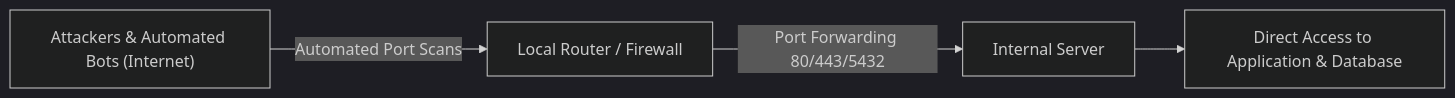
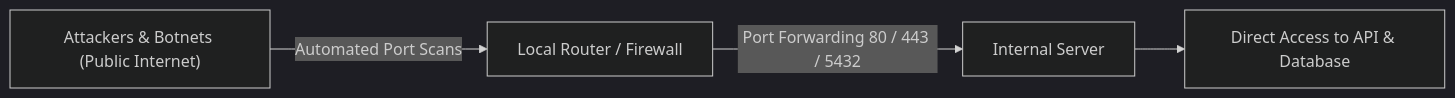
One commit to Pascal-Thommen/pascal-thommen.github.io changed the first of 3 diagrams in content/posts/upa-campus-app-architecture-part-3/index.en.md. Above: the diagram before and after it, drawn with Mermaid (dark theme). The commit also changed other lines of this file and 20 other files, not shown here.

Commit message:
feat(posts): refine UPA Campus App architecture series with holistic webapp mental model and specification depth

````diff
--- a/content/posts/upa-campus-app-architecture-part-3/index.en.md
+++ b/content/posts/upa-campus-app-architecture-part-3/index.en.md
@@ -28,6 +28,6 @@
 ```mermaid
 flowchart LR
-    Attacker["Attackers & Automated Bots (Internet)"] -->|Automated Port Scans| Router["Local Router / Firewall"]
-    Router -->|Port Forwarding 80/443/5432| Server["Internal Server"]
-    Server --> Exploit["Direct Access to Application & Database"]
+    Attacker["Attackers & Botnets (Public Internet)"] -->|Automated Port Scans| Router["Local Router / Firewall"]
+    Router -->|Port Forwarding 80 / 443 / 5432| Server["Internal Server"]
+    Server --> Exploit["Direct Access to API & Database"]
 ```
````
